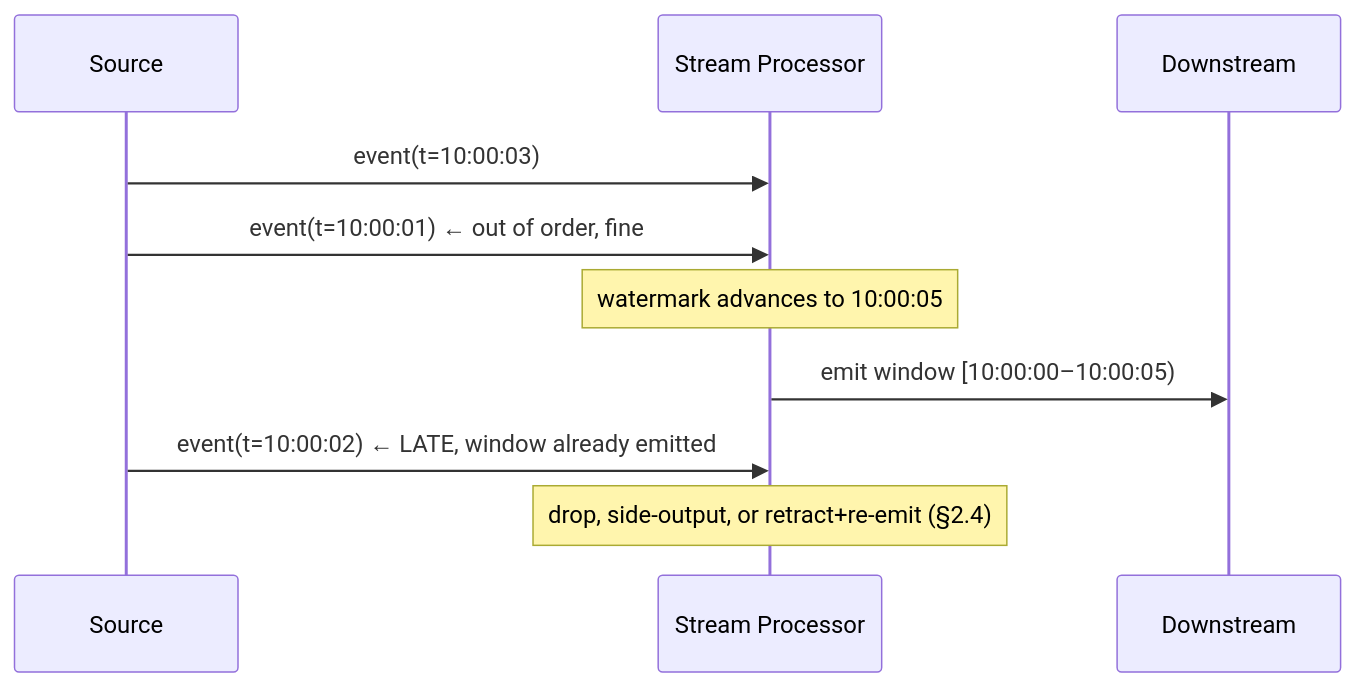
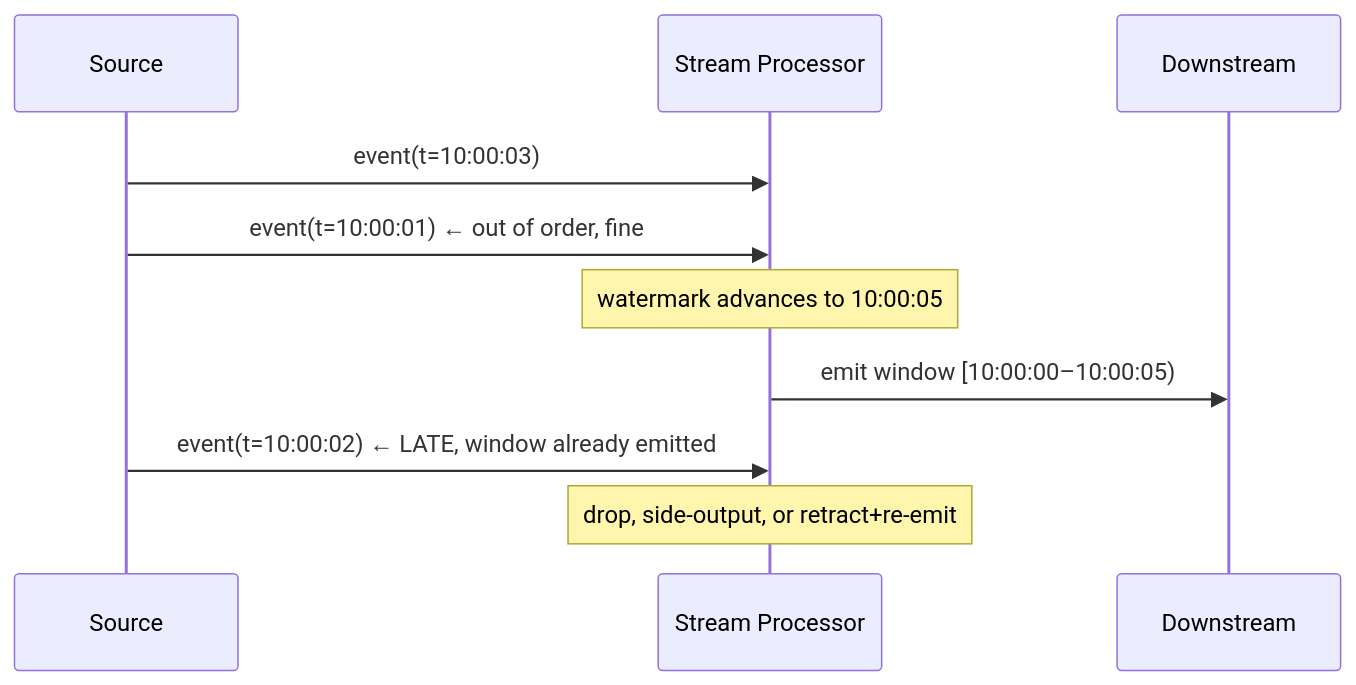
The second of 4 diagrams in 18-Event-Driven-Architecture/03-Stream-Processing-Stateful-Operations-Windowing-Time-Semantics.md (umashankarp/InterviewQuestions), drawn with Mermaid before and after one commit. The commit also changed other lines of this file and 173 other files, not shown here.

````diff
--- a/18-Event-Driven-Architecture/03-Stream-Processing-Stateful-Operations-Windowing-Time-Semantics.md
+++ b/18-Event-Driven-Architecture/03-Stream-Processing-Stateful-Operations-Windowing-Time-Semantics.md
@@ -84,13 +84,13 @@
 ```mermaid
 sequenceDiagram
-    participant Src as Source
-    participant SP as Stream Processor
-    participant Out as Downstream
+ participant Src as Source
+ participant SP as Stream Processor
+ participant Out as Downstream
 
-    Src->>SP: event(t=10:00:03)
-    Src->>SP: event(t=10:00:01) ← out of order, fine
-    Note over SP: watermark advances to 10:00:05
-    SP->>Out: emit window [10:00:00–10:00:05)
-    Src->>SP: event(t=10:00:02) ← LATE, window already emitted
-    Note over SP: drop, side-output, or retract+re-emit (§2.4)
+ Src->>SP: event(t=10:00:03)
+ Src->>SP: event(t=10:00:01) ← out of order, fine
+ Note over SP: watermark advances to 10:00:05
+ SP->>Out: emit window [10:00:00–10:00:05)
+ Src->>SP: event(t=10:00:02) ← LATE, window already emitted
+ Note over SP: drop, side-output, or retract+re-emit
 ```
````
